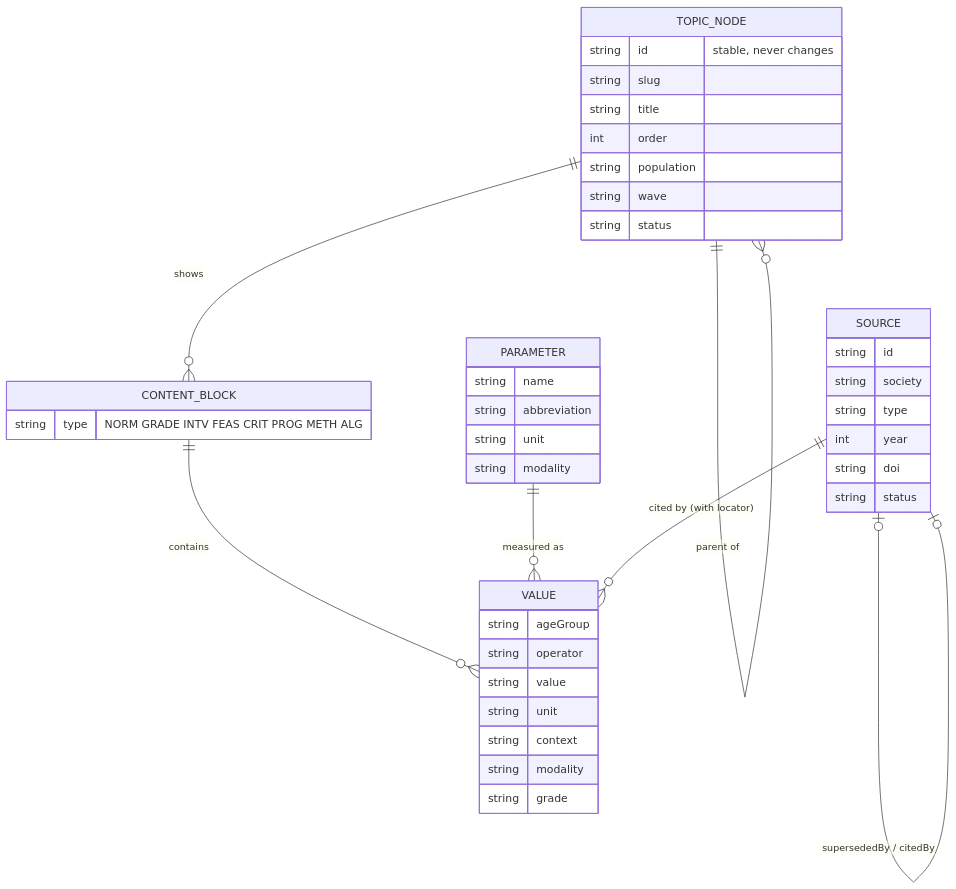
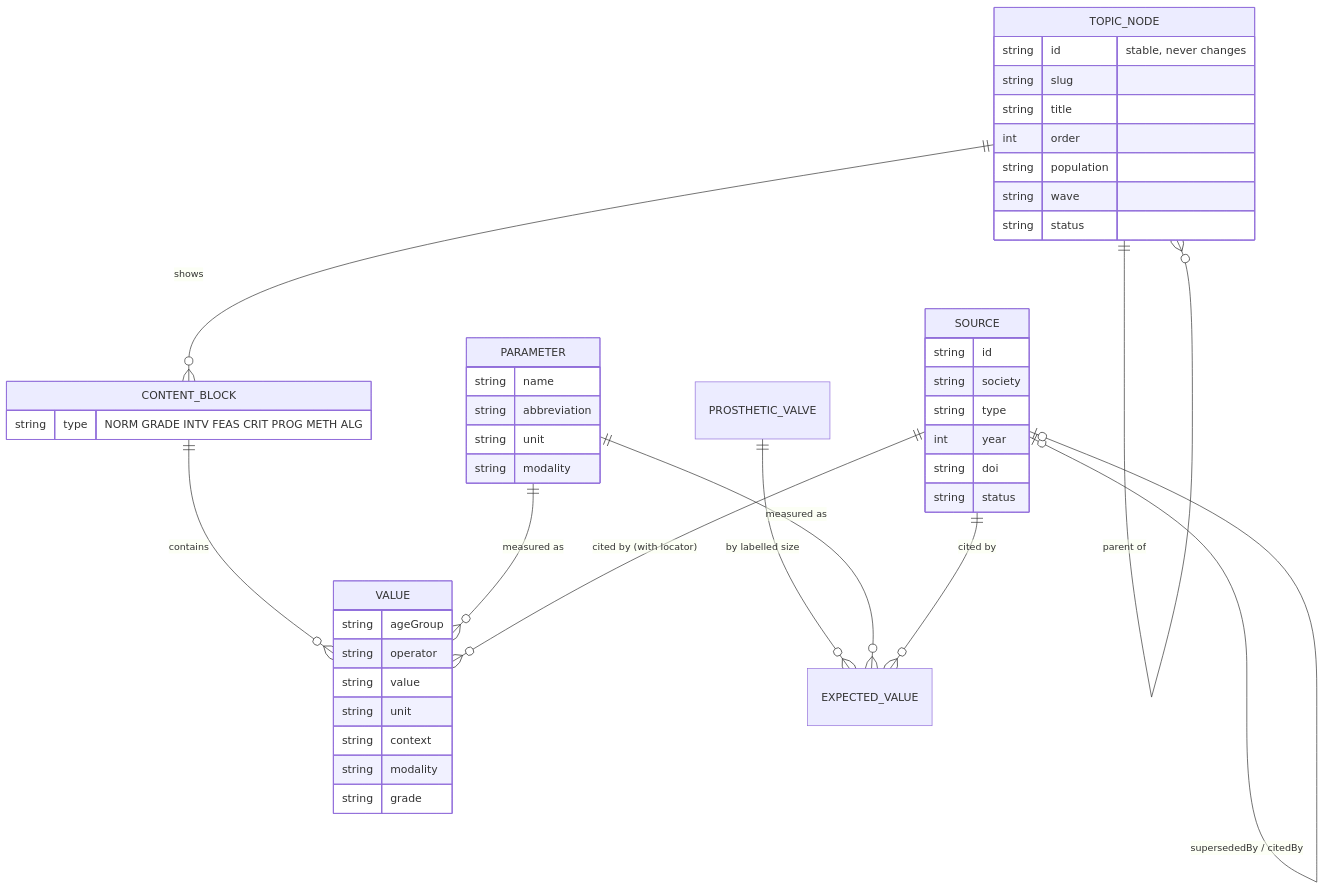
One commit to tudorgrigoriu90/valvia changed the fourth of 4 diagrams in docs/architecture.md. Above: the diagram before and after it, drawn with Mermaid. The commit also changed 17 other files, not shown here.

First line of the commit message:
TS-02.2.8: prosthetic valve catalogue schema, rules and loader

````diff
--- a/docs/architecture.md
+++ b/docs/architecture.md
@@ -99,45 +99,48 @@
 ```mermaid
 erDiagram
     TOPIC_NODE ||--o{ TOPIC_NODE : "parent of"
     TOPIC_NODE ||--o{ CONTENT_BLOCK : shows
     CONTENT_BLOCK ||--o{ VALUE : contains
     PARAMETER ||--o{ VALUE : "measured as"
     SOURCE ||--o{ VALUE : "cited by (with locator)"
     SOURCE |o--o| SOURCE : "supersededBy / citedBy"
+    PROSTHETIC_VALVE ||--o{ EXPECTED_VALUE : "by labelled size"
+    PARAMETER ||--o{ EXPECTED_VALUE : "measured as"
+    SOURCE ||--o{ EXPECTED_VALUE : "cited by"
 
     TOPIC_NODE {
         string id "stable, never changes"
         string slug
         string title
         int order
         string population
         string wave
         string status
     }
     PARAMETER {
         string name
         string abbreviation
         string unit
         string modality
     }
     VALUE {
         string ageGroup
         string operator
         string value
         string unit
         string context
         string modality
         string grade
     }
     SOURCE {
         string id
         string society
         string type
         int year
         string doi
         string status
     }
     CONTENT_BLOCK {
         string type "NORM GRADE INTV FEAS CRIT PROG METH ALG"
     }
 ```
````
